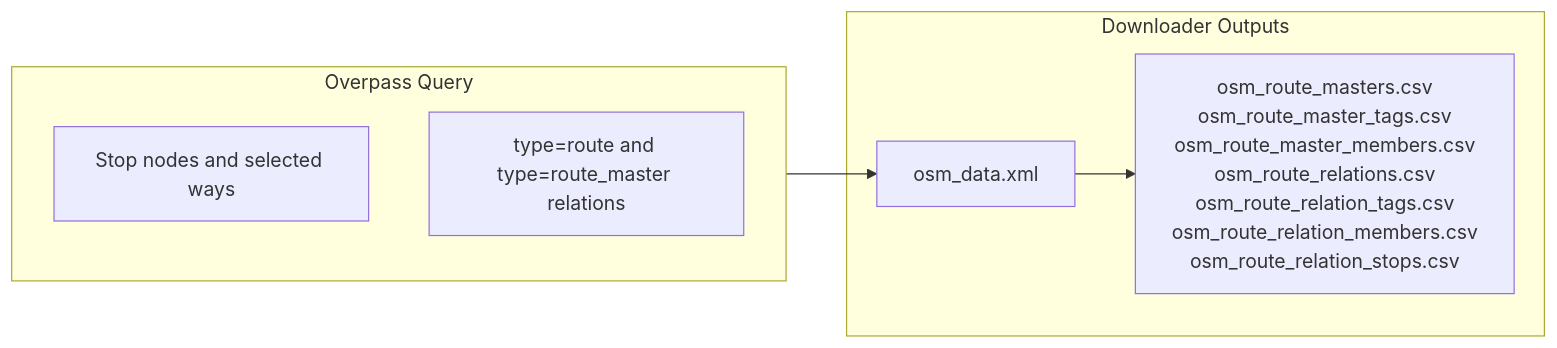
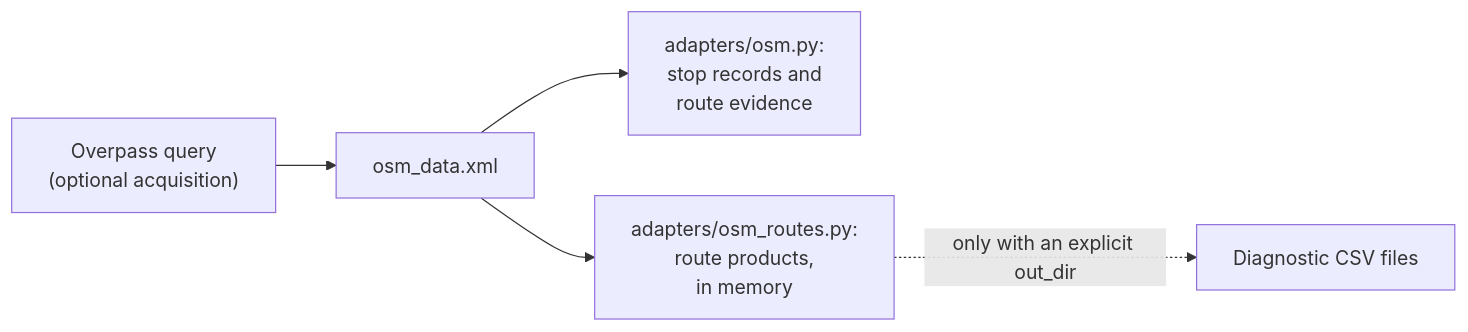
The diagram in documentation/1.3 OSM data.md (openTdataCH/osm-public-transport-matcher), drawn with Mermaid before and after one commit. The commit also changed other lines of this file and 31 other files, not shown here.

````diff
--- a/documentation/1.3 OSM data.md
+++ b/documentation/1.3 OSM data.md
@@ -46,13 +11,7 @@
 ```mermaid
 flowchart LR
-    subgraph Query["Overpass Query"]
-        N["Stop nodes and selected ways"]
-        R["type=route and type=route_master relations"]
-    end
-
-    subgraph Process["Downloader Outputs"]
-        X[osm_data.xml] --> P2["osm_route_masters.csv<br/>osm_route_master_tags.csv<br/>osm_route_master_members.csv<br/>osm_route_relations.csv<br/>osm_route_relation_tags.csv<br/>osm_route_relation_members.csv<br/>osm_route_relation_stops.csv"]
-    end
-
-    Query --> X
+    Q["Overpass query<br/>(optional acquisition)"] --> X["osm_data.xml"]
+    X --> S["adapters/osm.py:<br/>stop records and<br/>route evidence"]
+    X --> R["adapters/osm_routes.py:<br/>route products,<br/>in memory"]
+    R -.->|"only with an explicit out_dir"| C["Diagnostic CSV files"]
 ```
````
